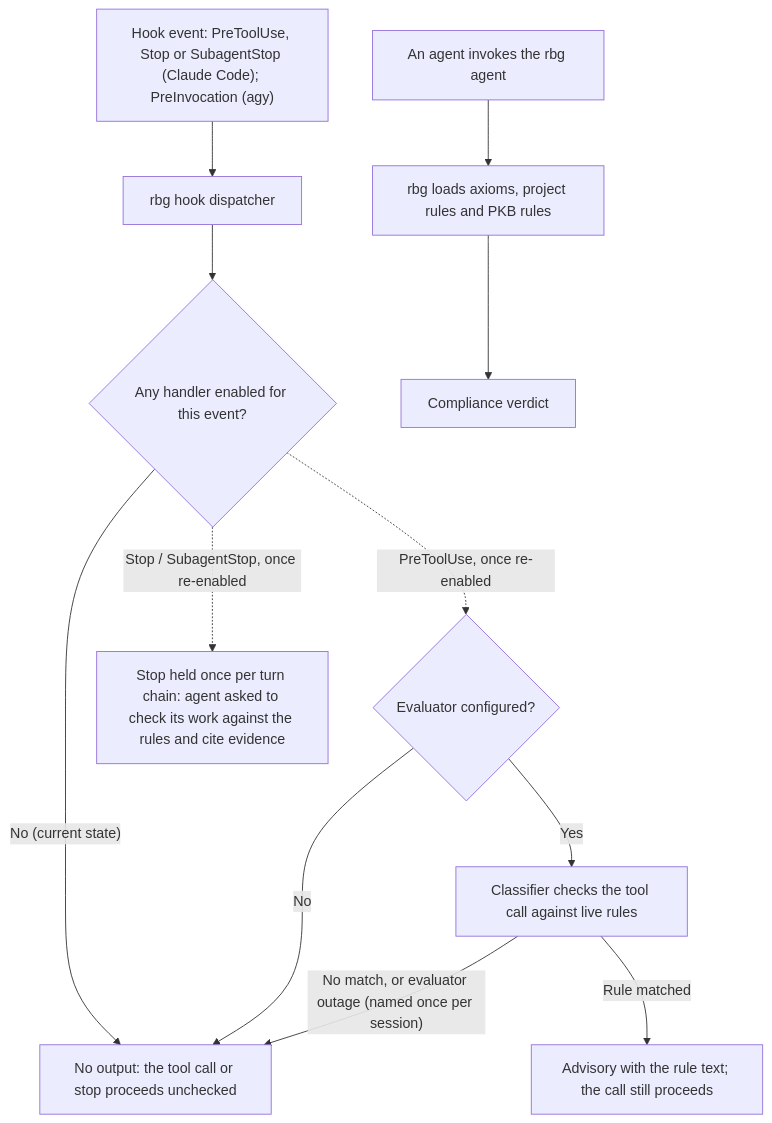
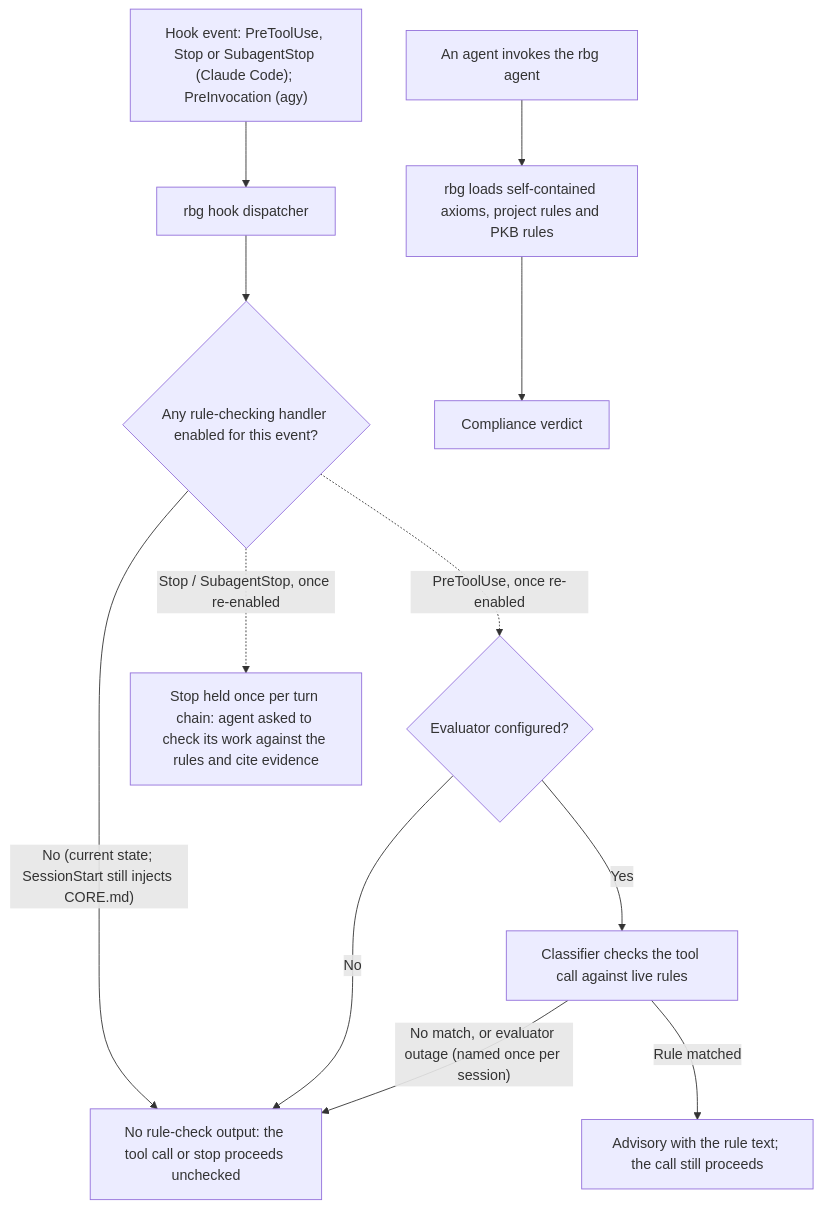
Before and after one commit to nicsuzor/academicOps: the diagram in plugins/rbg/README.md, drawn with Mermaid. The commit also changed other lines of this file and 19 other files, not shown here.

````diff
--- a/plugins/rbg/README.md
+++ b/plugins/rbg/README.md
@@ -12,14 +12,14 @@
 ```mermaid
 flowchart TD
     E["Hook event: PreToolUse, Stop or SubagentStop (Claude Code); PreInvocation (agy)"] --> D["rbg hook dispatcher"]
-    D --> H{"Any handler enabled for this event?"}
-    H -- "No (current state)" --> N["No output: the tool call or stop proceeds unchecked"]
+    D --> H{"Any rule-checking handler enabled for this event?"}
+    H -- "No (current state; SessionStart still injects CORE.md)" --> N["No rule-check output: the tool call or stop proceeds unchecked"]
     H -. "PreToolUse, once re-enabled" .-> C{"Evaluator configured?"}
     C -- "No" --> N
     C -- "Yes" --> M["Classifier checks the tool call against live rules"]
     M -- "Rule matched" --> A["Advisory with the rule text; the call still proceeds"]
     M -- "No match, or evaluator outage (named once per session)" --> N
     H -. "Stop / SubagentStop, once re-enabled" .-> B["Stop held once per turn chain: agent asked to check its work against the rules and cite evidence"]
-    I["An agent invokes the rbg agent"] --> R["rbg loads axioms, project rules and PKB rules"]
+    I["An agent invokes the rbg agent"] --> R["rbg loads self-contained axioms, project rules and PKB rules"]
     R --> V["Compliance verdict"]
 ```
````
